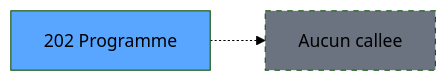
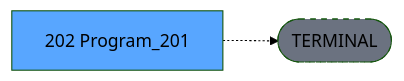
One commit to thonyAGP/lecteur-magic changed the third of 3 diagrams in .openspec/renders/ADH-IDE-202.md. Above: the diagram before and after it, drawn with Mermaid (forest theme). The commit also changed other lines of this file and 701 other files, not shown here.

````diff
--- a/.openspec/renders/ADH-IDE-202.md
+++ b/.openspec/renders/ADH-IDE-202.md
@@ -120,8 +134,8 @@
 ```mermaid
 graph LR
-    T[202 Programme]
-    NONE[Aucun callee]
-    T -.-> NONE
+    T[202 Program_201]
+    TERM([TERMINAL])
+    T -.-> TERM
+    style TERM fill:#6b7280,stroke-dasharray: 5 5
     style T fill:#58a6ff,color:#000
-    style NONE fill:#6b7280,stroke-dasharray: 5 5
 ```
````
